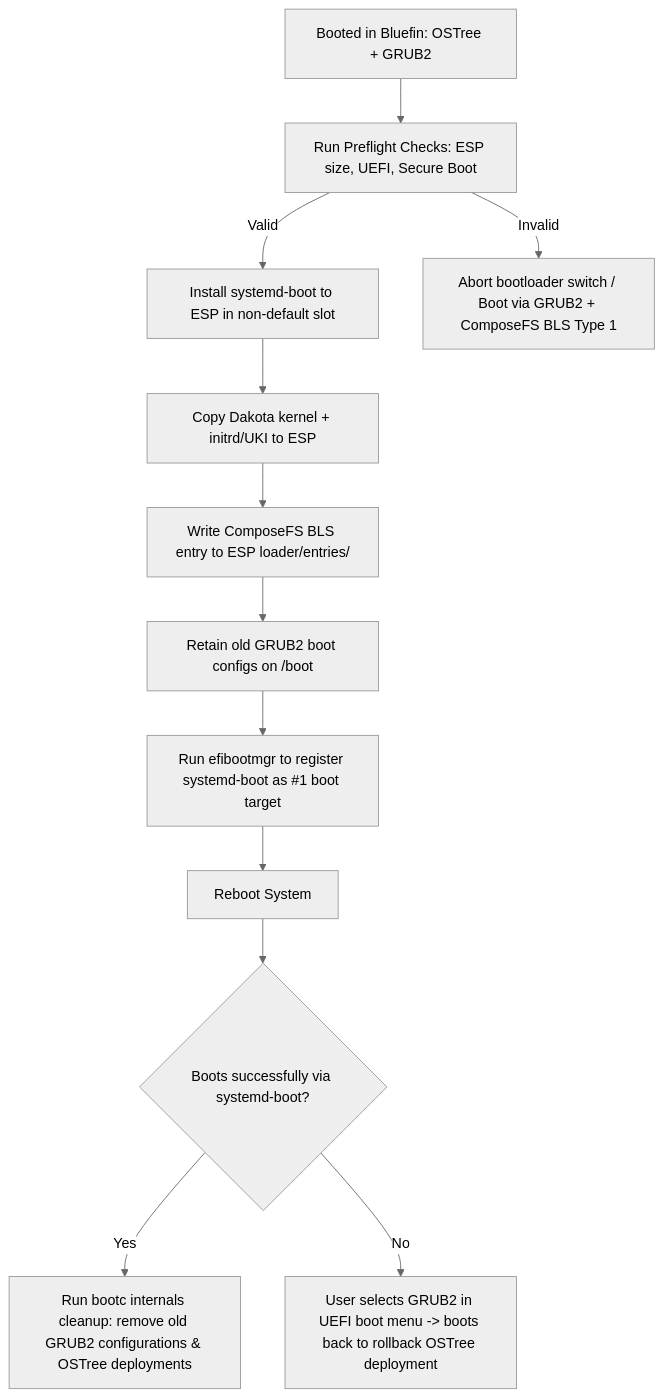
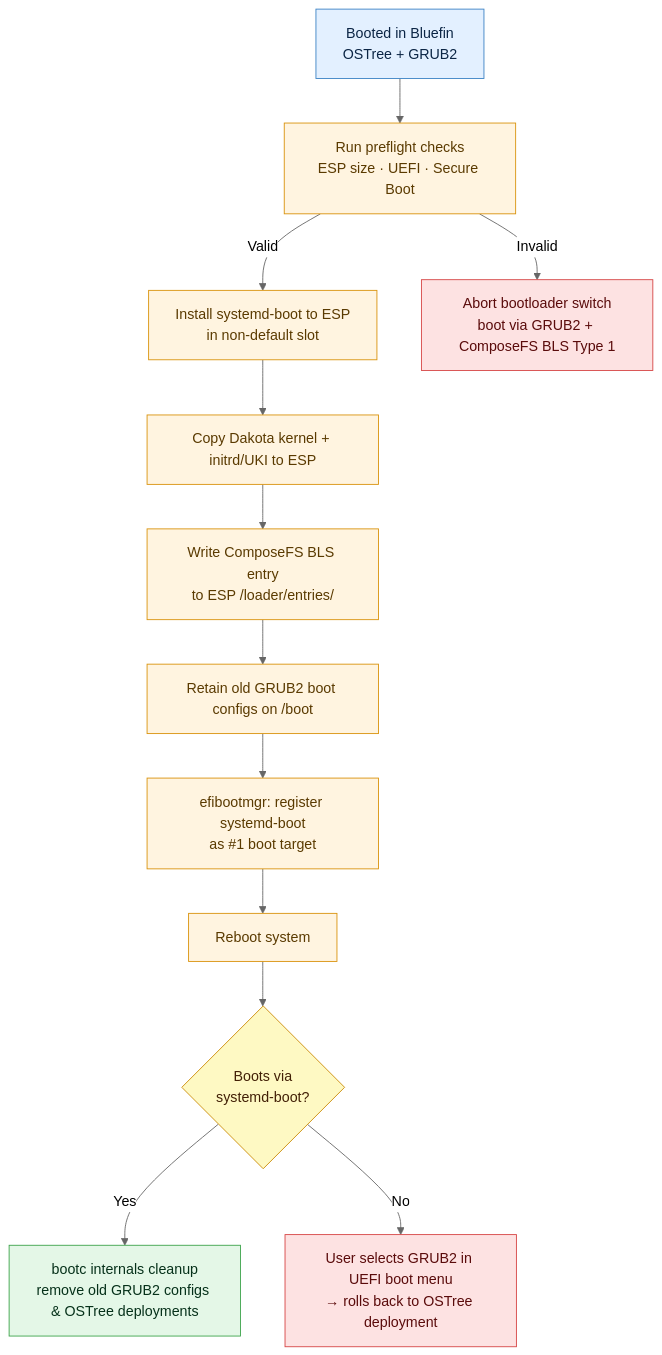
The diagram in SPECIFICATION.md (hanthor/ostree-composefs-rebase), drawn with Mermaid (neutral theme) before and after one commit. The commit also changed 11 other files, not shown here.

````diff
--- a/SPECIFICATION.md
+++ b/SPECIFICATION.md
@@ -626,14 +626,27 @@
 ```mermaid
 graph TD
-    A[Booted in Bluefin: OSTree + GRUB2] --> B[Run Preflight Checks: ESP size, UEFI, Secure Boot]
-    B -- Valid --> C[Install systemd-boot to ESP in non-default slot]
-    B -- Invalid --> C1[Abort bootloader switch / Boot via GRUB2 + ComposeFS BLS Type 1]
-    C --> D[Copy Dakota kernel + initrd/UKI to ESP]
-    D --> E[Write ComposeFS BLS entry to ESP loader/entries/]
-    E --> F[Retain old GRUB2 boot configs on /boot]
-    F --> G[Run efibootmgr to register systemd-boot as #1 boot target]
-    G --> H[Reboot System]
-    H --> I{Boots successfully via systemd-boot?}
-    I -- Yes --> J[Run bootc internals cleanup: remove old GRUB2 configurations & OSTree deployments]
-    I -- No --> K[User selects GRUB2 in UEFI boot menu -> boots back to rollback OSTree deployment]
+    A["Booted in Bluefin<br/>OSTree + GRUB2"] --> B["Run preflight checks<br/>ESP size &middot; UEFI &middot; Secure Boot"]
+    B -- Valid --> C["Install systemd-boot to ESP<br/>in non-default slot"]
+    B -- Invalid --> C1["Abort bootloader switch<br/>boot via GRUB2 + ComposeFS BLS Type 1"]
+    C --> D["Copy Dakota kernel + initrd/UKI to ESP"]
+    D --> E["Write ComposeFS BLS entry<br/>to ESP /loader/entries/"]
+    E --> F["Retain old GRUB2 boot configs on /boot"]
+    F --> G["efibootmgr: register systemd-boot<br/>as #1 boot target"]
+    G --> H["Reboot system"]
+    H --> I{"Boots via<br/>systemd-boot?"}
+    I -- Yes --> J["bootc internals cleanup<br/>remove old GRUB2 configs &amp; OSTree deployments"]
+    I -- No --> K["User selects GRUB2 in UEFI boot menu<br/>&rarr; rolls back to OSTree deployment"]
+
+    %% ── Status colours ──────────────────────────────────────────
+    classDef start fill:#e3f0ff,stroke:#3b82c4,color:#0b2545;
+    classDef step fill:#fff4e0,stroke:#d9920b,color:#5a3a00;
+    classDef decision fill:#fef9c3,stroke:#ca8a04,color:#422006;
+    classDef good fill:#e4f7e7,stroke:#3ca34a,color:#06311a;
+    classDef bad fill:#fde2e2,stroke:#d64545,color:#5a0b0b;
+
+    class A start;
+    class B,C,D,E,F,G,H step;
+    class I decision;
+    class J good;
+    class C1,K bad;
 ```
````
